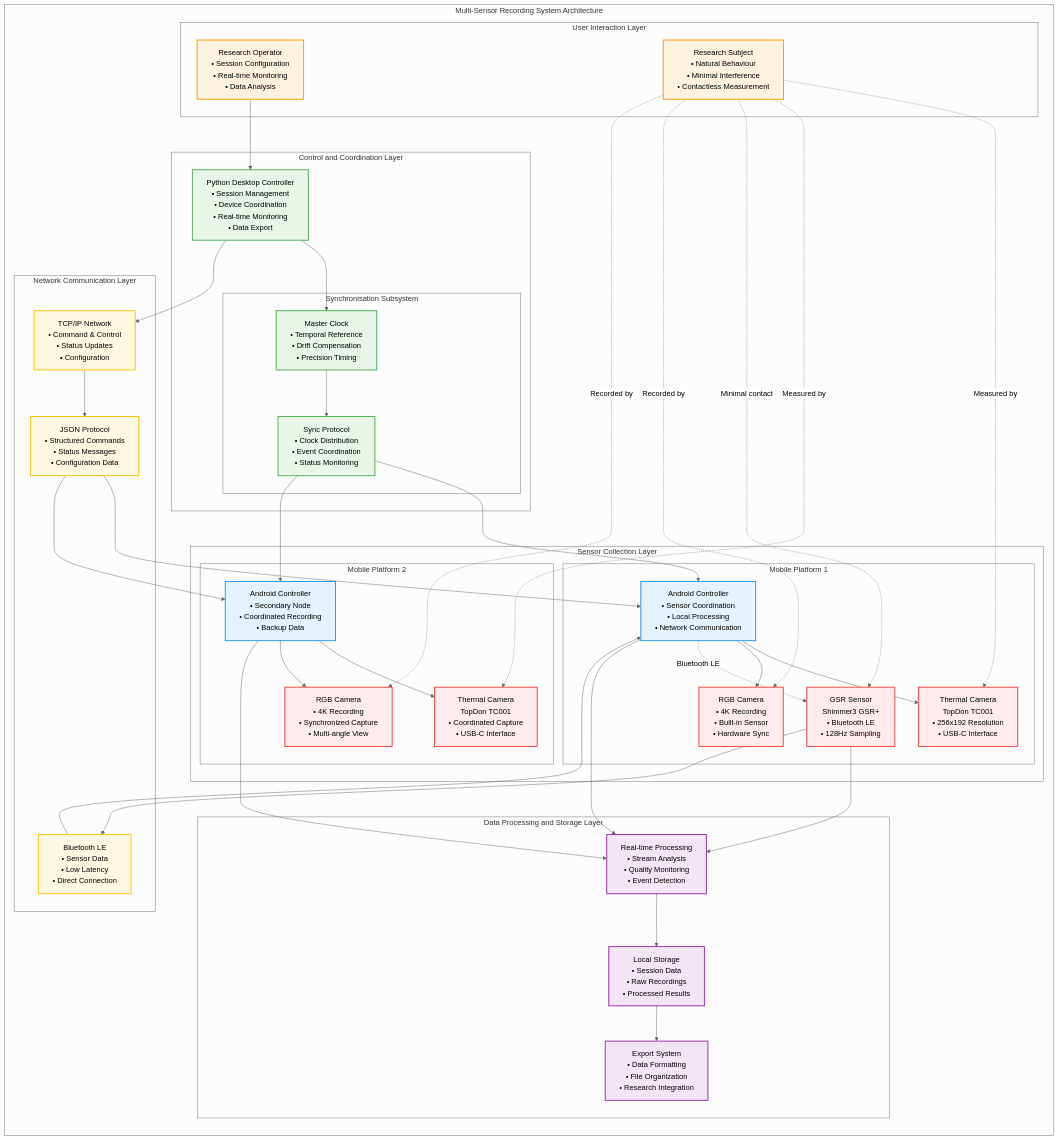
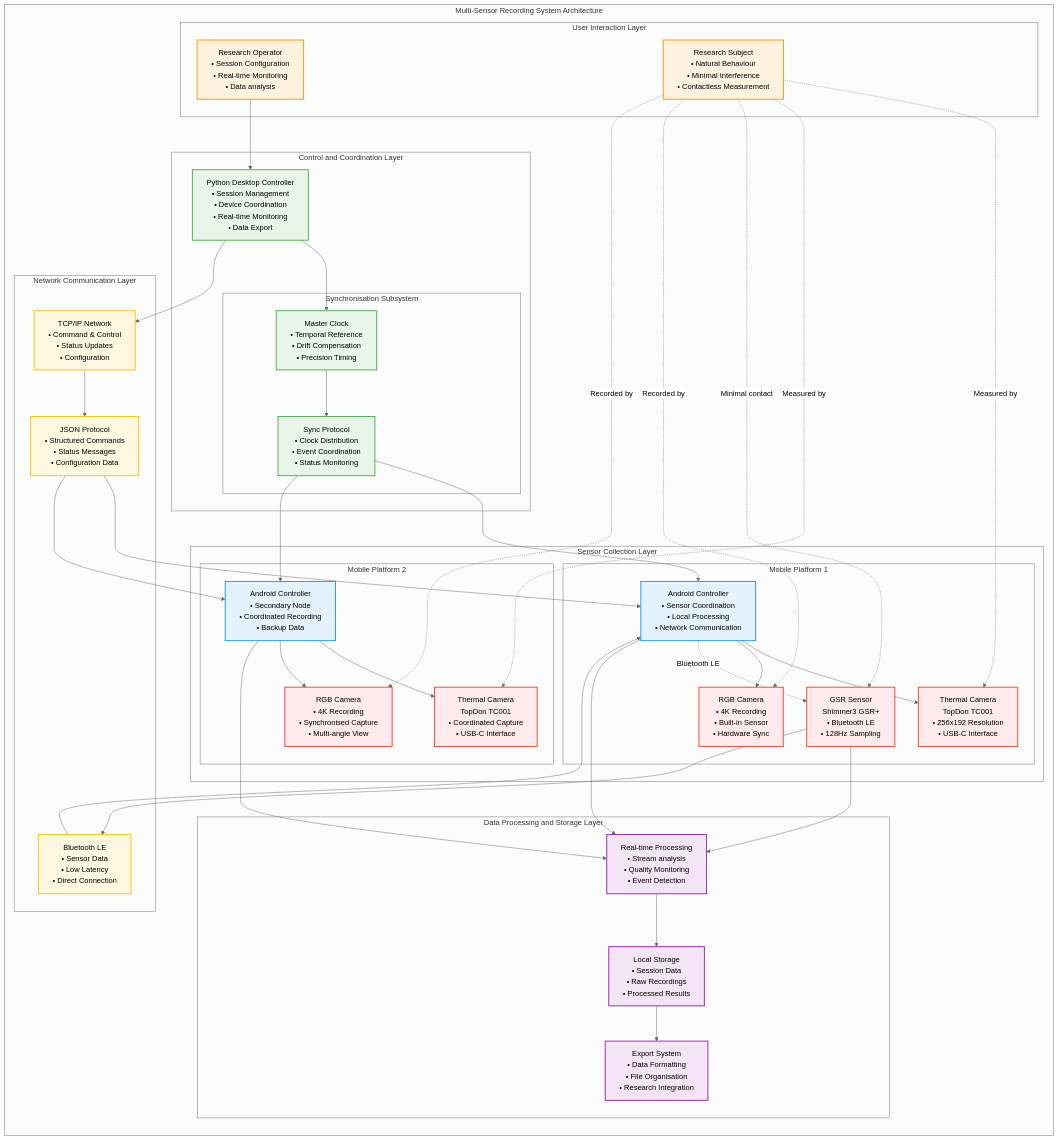
Before and after one commit to buccancs/fyp-multi-sensor-recording-system: the sixth of 19 diagrams in docs/diagrams/missing_diagrams_generated.md, drawn with Mermaid (neutral theme). The commit also changed other lines of this file and 58 other files, not shown here.

```diff
--- a/docs/diagrams/missing_diagrams_generated.md
+++ b/docs/diagrams/missing_diagrams_generated.md
@@ -305,7 +305,7 @@
         direction TB
         
         subgraph USER_LAYER ["User Interaction Layer"]
-            RESEARCHER["Research Operator<br/>• Session Configuration<br/>• Real-time Monitoring<br/>• Data Analysis"]
+            RESEARCHER["Research Operator<br/>• Session Configuration<br/>• Real-time Monitoring<br/>• Data analysis"]
             SUBJECT["Research Subject<br/>• Natural Behaviour<br/>• Minimal Interference<br/>• Contactless Measurement"]
         end
         
@@ -329,14 +329,14 @@
             subgraph MOBILE_PLATFORM_2 ["Mobile Platform 2"]
                 ANDROID_APP_2["Android Controller<br/>• Secondary Node<br/>• Coordinated Recording<br/>• Backup Data"]
                 THERMAL_CAM_2["Thermal Camera<br/>TopDon TC001<br/>• Coordinated Capture<br/>• USB-C Interface"]
-                VIDEO_CAM_2["RGB Camera<br/>• 4K Recording<br/>• Synchronized Capture<br/>• Multi-angle View"]
+                VIDEO_CAM_2["RGB Camera<br/>• 4K Recording<br/>• Synchronised Capture<br/>• Multi-angle View"]
             end
         end
         
         subgraph DATA_LAYER ["Data Processing and Storage Layer"]
-            REAL_TIME_PROC["Real-time Processing<br/>• Stream Analysis<br/>• Quality Monitoring<br/>• Event Detection"]
+            REAL_TIME_PROC["Real-time Processing<br/>• Stream analysis<br/>• Quality Monitoring<br/>• Event Detection"]
             LOCAL_STORAGE["Local Storage<br/>• Session Data<br/>• Raw Recordings<br/>• Processed Results"]
-            EXPORT_SYSTEM["Export System<br/>• Data Formatting<br/>• File Organization<br/>• Research Integration"]
+            EXPORT_SYSTEM["Export System<br/>• Data Formatting<br/>• File Organisation<br/>• Research Integration"]
         end
         
         subgraph NETWORK_LAYER ["Network Communication Layer"]
```
